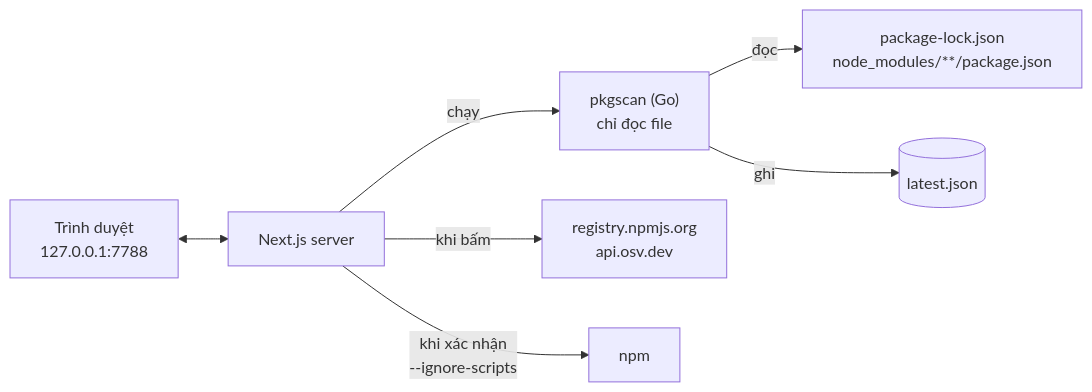
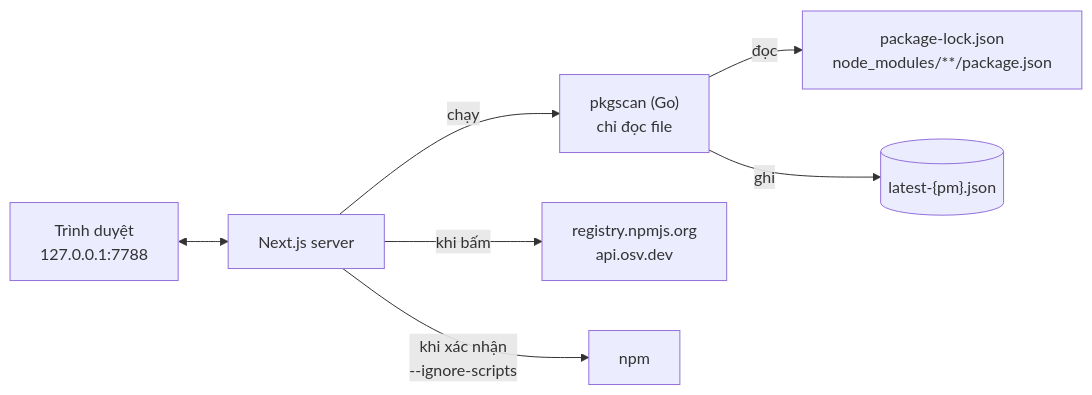
Before and after one commit to phanhuyyy/libpack-guard: the second of 2 diagrams in README.vi.md, drawn with Mermaid. The commit also changed other lines of this file and 50 other files, not shown here.

````diff
--- a/README.vi.md
+++ b/README.vi.md
@@ -55,9 +57,9 @@
 ```mermaid
 flowchart LR
     UI["Trình duyệt<br/>127.0.0.1:7788"] <--> S["Next.js server"]
     S -- "chạy" --> A["pkgscan (Go)<br/>chỉ đọc file"]
     A -- "đọc" --> P["package-lock.json<br/>node_modules/**/package.json"]
-    A -- "ghi" --> D[("latest.json")]
+    A -- "ghi" --> D[("latest-{pm}.json")]
     S -- "khi bấm" --> N["registry.npmjs.org<br/>api.osv.dev"]
     S -- "khi xác nhận<br/>--ignore-scripts" --> NPM["npm"]
 ```
````
